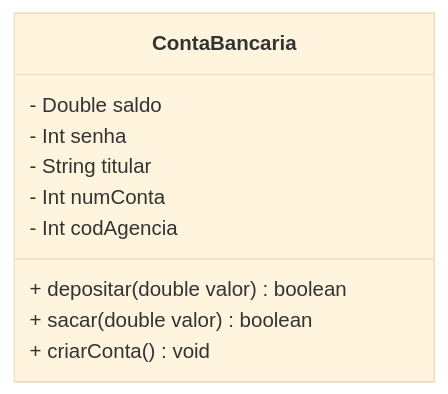
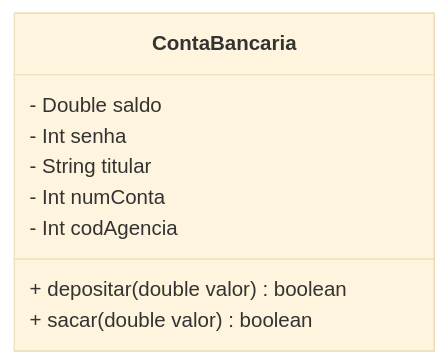
One commit to JCReis12/backend-knowledge-base changed the third of 5 diagrams in Aula 01/praticaDiagramaClasse/README.md. Above: the diagram before and after it, drawn with Mermaid (base theme). The commit also changed 9 other files, not shown here.

````diff
--- a/Aula 01/praticaDiagramaClasse/README.md
+++ b/Aula 01/praticaDiagramaClasse/README.md
@@ -30,13 +30,12 @@
 ```mermaid
     classDiagram
     class ContaBancaria{
         - Double saldo
         - Int senha
         - String titular
         - Int numConta
         - Int codAgencia
         + depositar(double valor)boolean
         + sacar(double valor)boolean
-        + criarConta()void
     }
 ```
````
